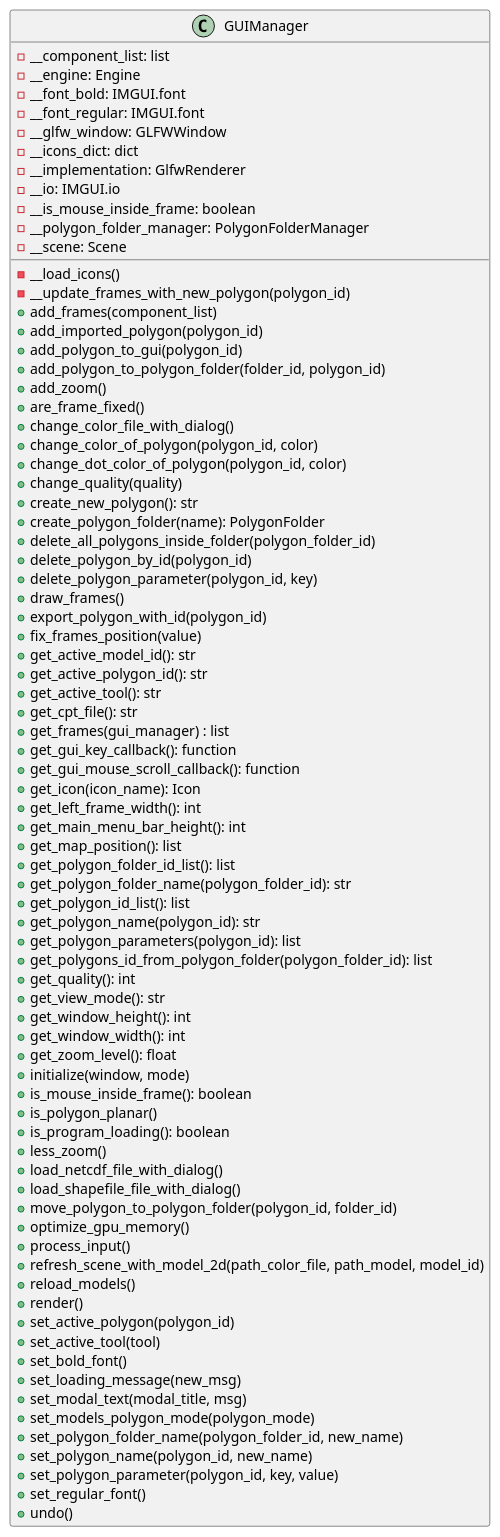
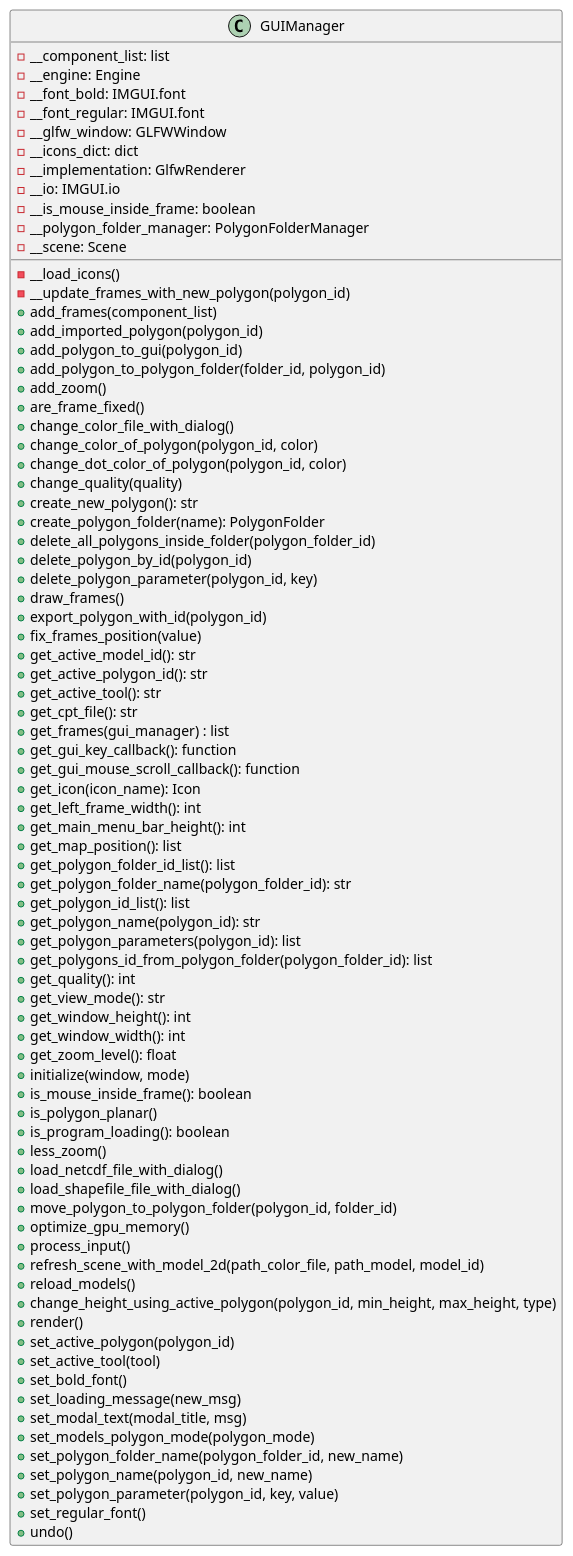
Before and after one commit to ferpoble2/Relief_Creator: the diagram in docs/classes/GUIManager.puml, drawn with PlantUML. The commit also changed 7 other files, not shown here.

```diff
--- a/docs/classes/GUIManager.puml
+++ b/docs/classes/GUIManager.puml
@@ -1,83 +1,84 @@
 @startuml
 'https://plantuml.com/class-diagram
 class GUIManager{
     - __component_list: list
     - __engine: Engine
     - __font_bold: IMGUI.font
     - __font_regular: IMGUI.font
     - __glfw_window: GLFWWindow
     - __icons_dict: dict
     - __implementation: GlfwRenderer
     - __io: IMGUI.io
     - __is_mouse_inside_frame: boolean
     - __polygon_folder_manager: PolygonFolderManager
     - __scene: Scene
 
     - __load_icons()
     - __update_frames_with_new_polygon(polygon_id)
     + add_frames(component_list)
     + add_imported_polygon(polygon_id)
     + add_polygon_to_gui(polygon_id)
     + add_polygon_to_polygon_folder(folder_id, polygon_id)
     + add_zoom()
     + are_frame_fixed()
     + change_color_file_with_dialog()
     + change_color_of_polygon(polygon_id, color)
     + change_dot_color_of_polygon(polygon_id, color)
     + change_quality(quality)
     + create_new_polygon(): str
     + create_polygon_folder(name): PolygonFolder
     + delete_all_polygons_inside_folder(polygon_folder_id)
     + delete_polygon_by_id(polygon_id)
     + delete_polygon_parameter(polygon_id, key)
     + draw_frames()
     + export_polygon_with_id(polygon_id)
     + fix_frames_position(value)
     + get_active_model_id(): str
     + get_active_polygon_id(): str
     + get_active_tool(): str
     + get_cpt_file(): str
     + get_frames(gui_manager) : list
     + get_gui_key_callback(): function
     + get_gui_mouse_scroll_callback(): function
     + get_icon(icon_name): Icon
     + get_left_frame_width(): int
     + get_main_menu_bar_height(): int
     + get_map_position(): list
     + get_polygon_folder_id_list(): list
     + get_polygon_folder_name(polygon_folder_id): str
     + get_polygon_id_list(): list
     + get_polygon_name(polygon_id): str
     + get_polygon_parameters(polygon_id): list
     + get_polygons_id_from_polygon_folder(polygon_folder_id): list
     + get_quality(): int
     + get_view_mode(): str
     + get_window_height(): int
     + get_window_width(): int
     + get_zoom_level(): float
     + initialize(window, mode)
     + is_mouse_inside_frame(): boolean
     + is_polygon_planar()
     + is_program_loading(): boolean
     + less_zoom()
     + load_netcdf_file_with_dialog()
     + load_shapefile_file_with_dialog()
     + move_polygon_to_polygon_folder(polygon_id, folder_id)
     + optimize_gpu_memory()
     + process_input()
     + refresh_scene_with_model_2d(path_color_file, path_model, model_id)
     + reload_models()
+    + change_height_using_active_polygon(polygon_id, min_height, max_height, type)
     + render()
     + set_active_polygon(polygon_id)
     + set_active_tool(tool)
     + set_bold_font()
     + set_loading_message(new_msg)
     + set_modal_text(modal_title, msg)
     + set_models_polygon_mode(polygon_mode)
     + set_polygon_folder_name(polygon_folder_id, new_name)
     + set_polygon_name(polygon_id, new_name)
     + set_polygon_parameter(polygon_id, key, value)
     + set_regular_font()
     + undo()
 }
 @enduml
```
